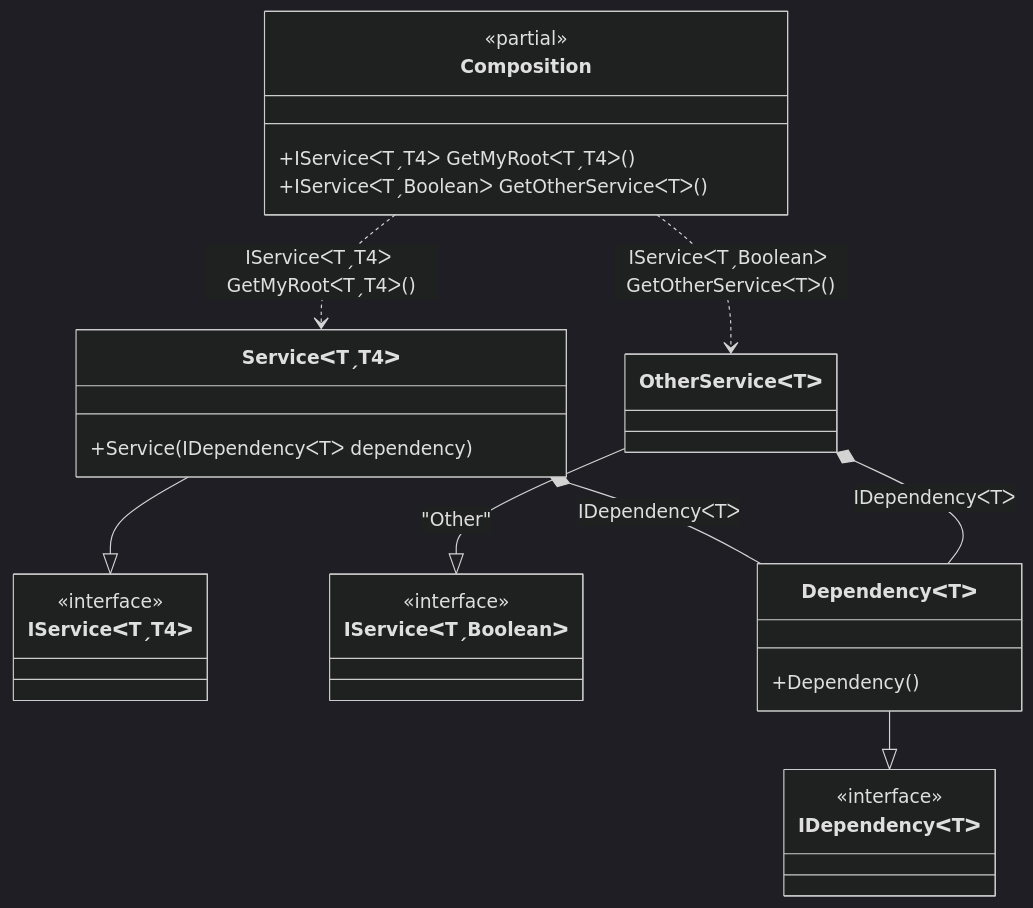
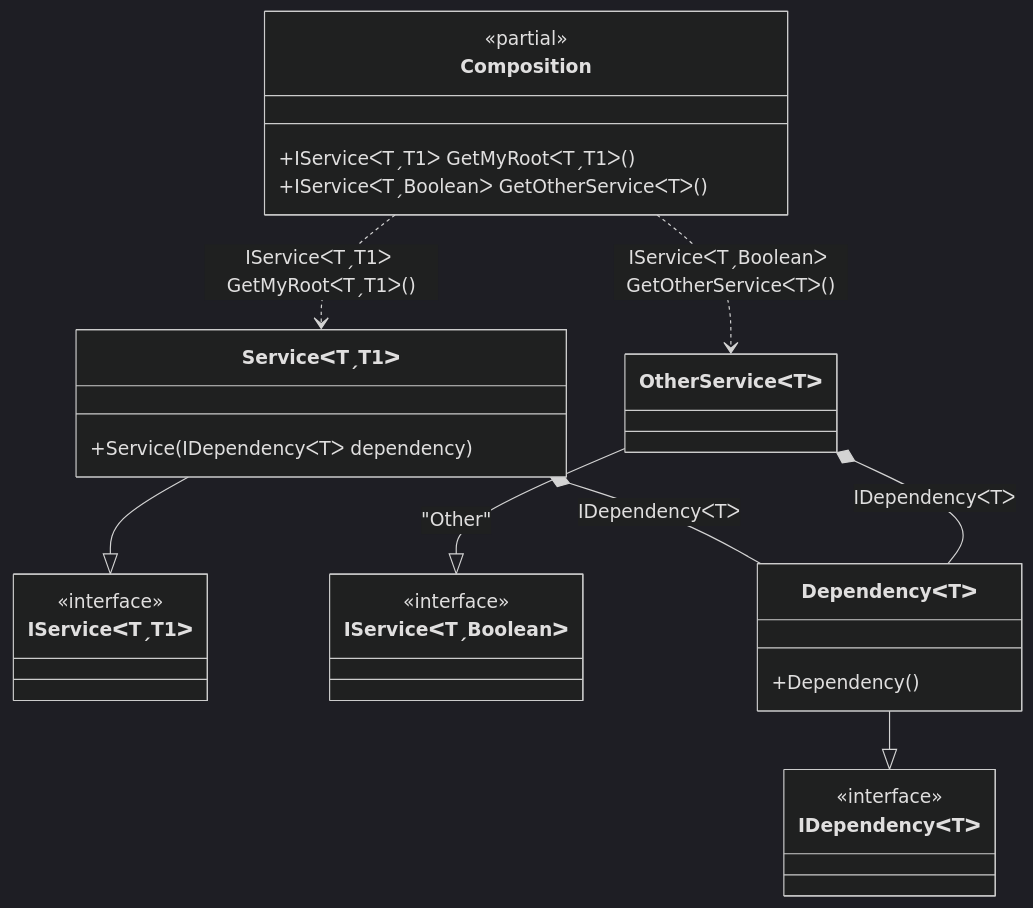
Before and after one commit to DevTeam/Pure.DI: the diagram in readme/generic-composition-roots-with-constraints.md, drawn with Mermaid (dark theme). The commit also changed other lines of this file and 50 other files, not shown here.

````diff
--- a/readme/generic-composition-roots-with-constraints.md
+++ b/readme/generic-composition-roots-with-constraints.md
@@ -98,31 +98,31 @@
 ```mermaid
 classDiagram
 	class Composition {
 		<<partial>>
-		+IServiceᐸTˏT4ᐳ GetMyRootᐸTˏT4ᐳ()
+		+IServiceᐸTˏT1ᐳ GetMyRootᐸTˏT1ᐳ()
 		+IServiceᐸTˏBooleanᐳ GetOtherServiceᐸTᐳ()
 	}
-	ServiceᐸTˏT4ᐳ --|> IServiceᐸTˏT4ᐳ
-	class ServiceᐸTˏT4ᐳ {
+	ServiceᐸTˏT1ᐳ --|> IServiceᐸTˏT1ᐳ
+	class ServiceᐸTˏT1ᐳ {
 		+Service(IDependencyᐸTᐳ dependency)
 	}
 	OtherServiceᐸTᐳ --|> IServiceᐸTˏBooleanᐳ : "Other" 
 	class OtherServiceᐸTᐳ
 	DependencyᐸTᐳ --|> IDependencyᐸTᐳ
 	class DependencyᐸTᐳ {
 		+Dependency()
 	}
-	class IServiceᐸTˏT4ᐳ {
+	class IServiceᐸTˏT1ᐳ {
 		<<interface>>
 	}
 	class IServiceᐸTˏBooleanᐳ {
 		<<interface>>
 	}
 	class IDependencyᐸTᐳ {
 		<<interface>>
 	}
-	Composition ..> ServiceᐸTˏT4ᐳ : IServiceᐸTˏT4ᐳ GetMyRootᐸTˏT4ᐳ()
+	Composition ..> ServiceᐸTˏT1ᐳ : IServiceᐸTˏT1ᐳ GetMyRootᐸTˏT1ᐳ()
 	Composition ..> OtherServiceᐸTᐳ : IServiceᐸTˏBooleanᐳ GetOtherServiceᐸTᐳ()
-	ServiceᐸTˏT4ᐳ *--  DependencyᐸTᐳ : IDependencyᐸTᐳ
+	ServiceᐸTˏT1ᐳ *--  DependencyᐸTᐳ : IDependencyᐸTᐳ
 	OtherServiceᐸTᐳ *--  DependencyᐸTᐳ : IDependencyᐸTᐳ
 ```
````
